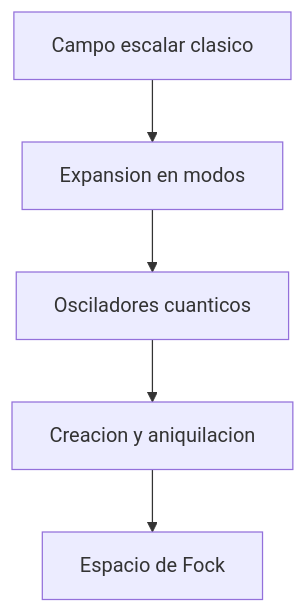
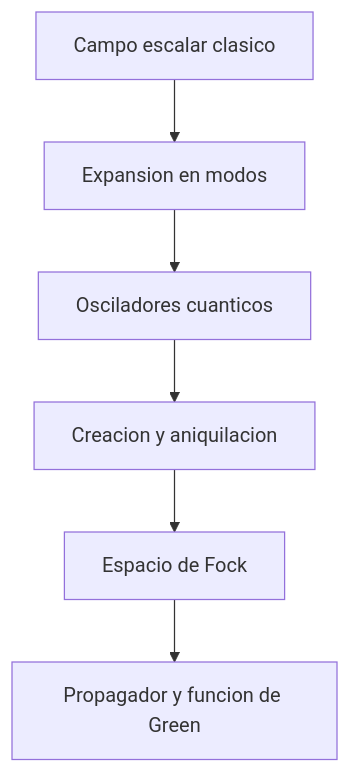
The diagram in Tutorial/04_cuantizacion_del_campo_escalar/README.md (LegalIntermediaSL/QFT), drawn with Mermaid before and after one commit. The commit also changed other lines of this file and 76 other files, not shown here.

````diff
--- a/Tutorial/04_cuantizacion_del_campo_escalar/README.md
+++ b/Tutorial/04_cuantizacion_del_campo_escalar/README.md
@@ -14,7 +20,8 @@
 ```mermaid
 flowchart TD
     A["Campo escalar clasico"] --> B["Expansion en modos"]
     B --> C["Osciladores cuanticos"]
     C --> D["Creacion y aniquilacion"]
     D --> E["Espacio de Fock"]
+    E --> F["Propagador y funcion de Green"]
 ```
````
